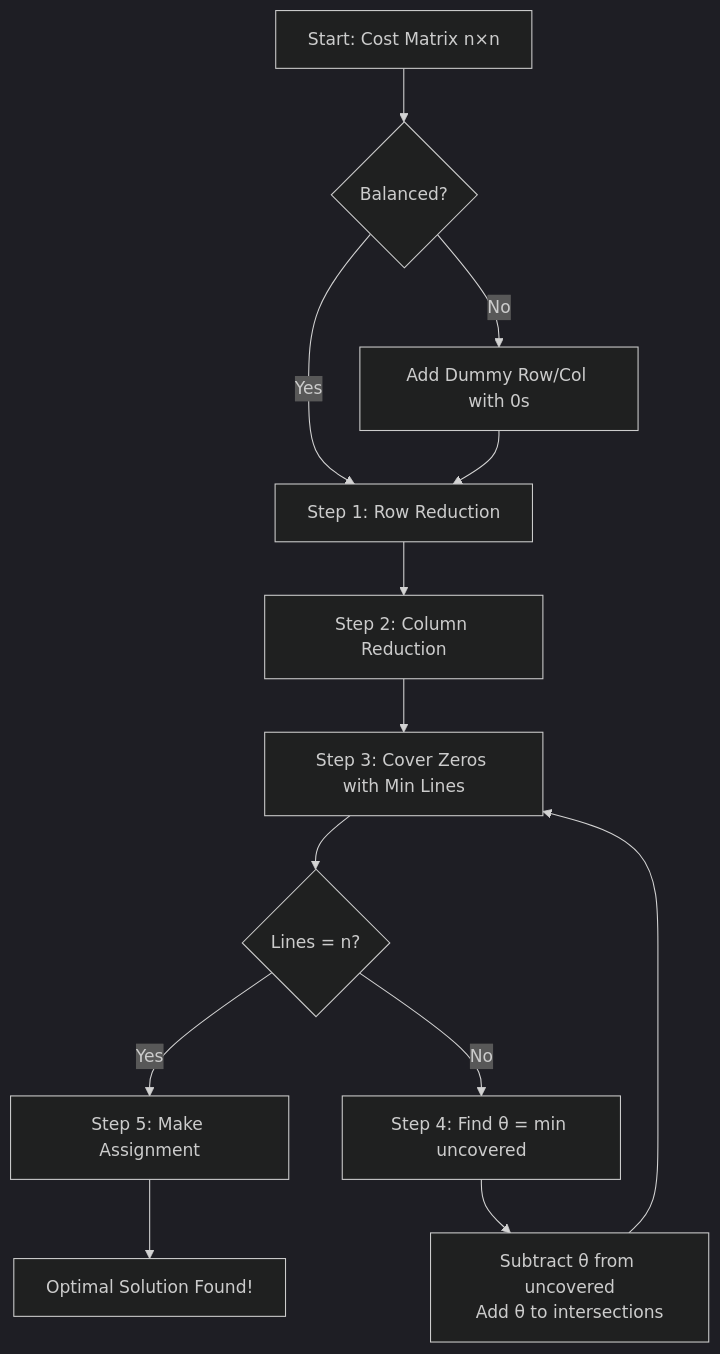
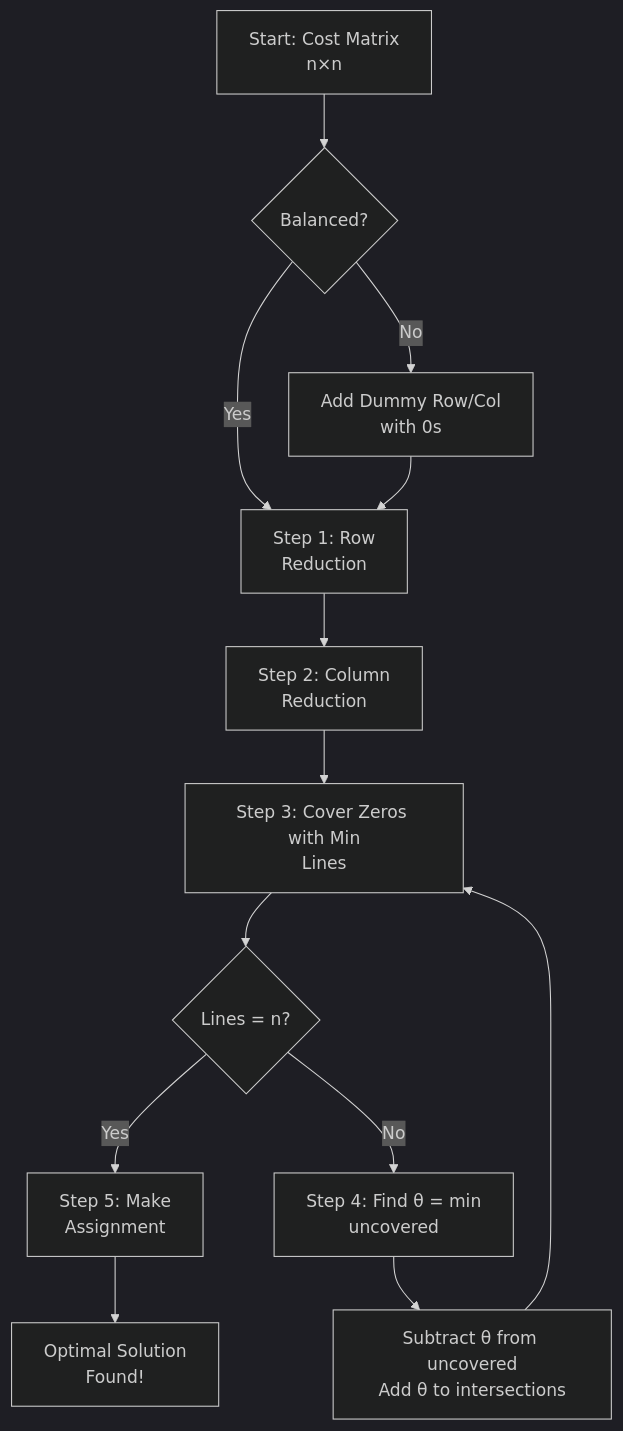
The diagram in 03-Mathematics/Unit-3.md (amitdevx/TY), drawn with Mermaid (dark theme) before and after one commit. The commit also changed 65 other files, not shown here.

Commit message:
fix:graph vertical

````diff
--- a/03-Mathematics/Unit-3.md
+++ b/03-Mathematics/Unit-3.md
@@ -317,15 +317,15 @@
 ```mermaid
 flowchart TD
-    A[Start: Cost Matrix n×n] --> B{Balanced?}
-    B -- No --> C[Add Dummy Row/Col with 0s]
-    B -- Yes --> D[Step 1: Row Reduction]
+    A[Start: Cost Matrix<br/>n×n] --> B{Balanced?}
+    B -- No --> C[Add Dummy Row/Col<br/>with 0s]
+    B -- Yes --> D[Step 1: Row<br/>Reduction]
     C --> D
-    D --> E[Step 2: Column Reduction]
-    E --> F[Step 3: Cover Zeros with Min Lines]
+    D --> E[Step 2: Column<br/>Reduction]
+    E --> F[Step 3: Cover Zeros with Min<br/>Lines]
     F --> G{Lines = n?}
-    G -- Yes --> H[Step 5: Make Assignment]
-    G -- No --> I[Step 4: Find θ = min uncovered]
+    G -- Yes --> H[Step 5: Make<br/>Assignment]
+    G -- No --> I[Step 4: Find θ = min<br/>uncovered]
     I --> J[Subtract θ from uncovered<br/>Add θ to intersections]
     J --> F
-    H --> K[Optimal Solution Found!]
+    H --> K[Optimal Solution<br/>Found!]
 ```
````
